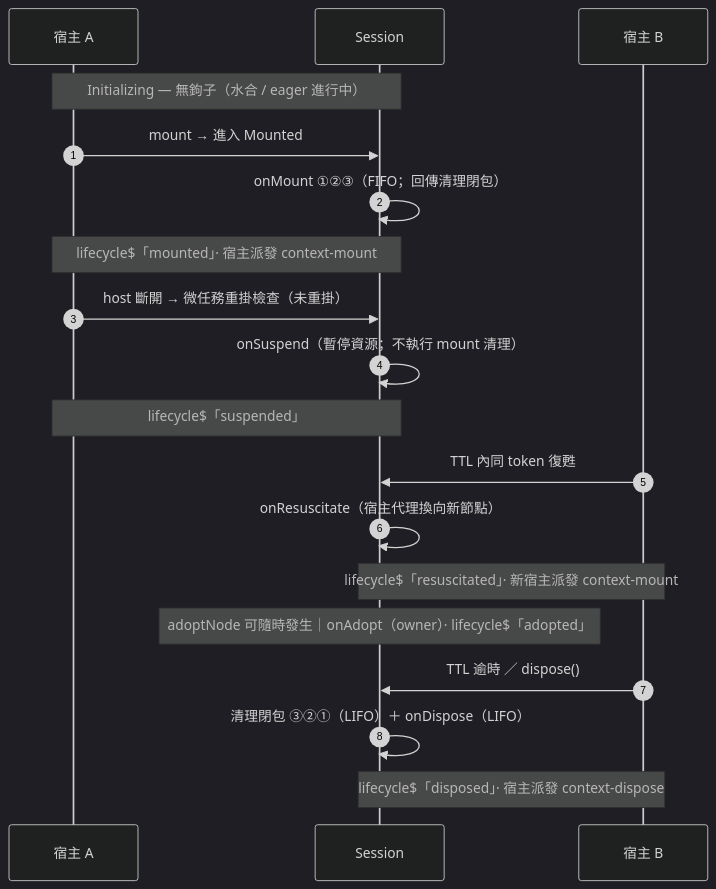
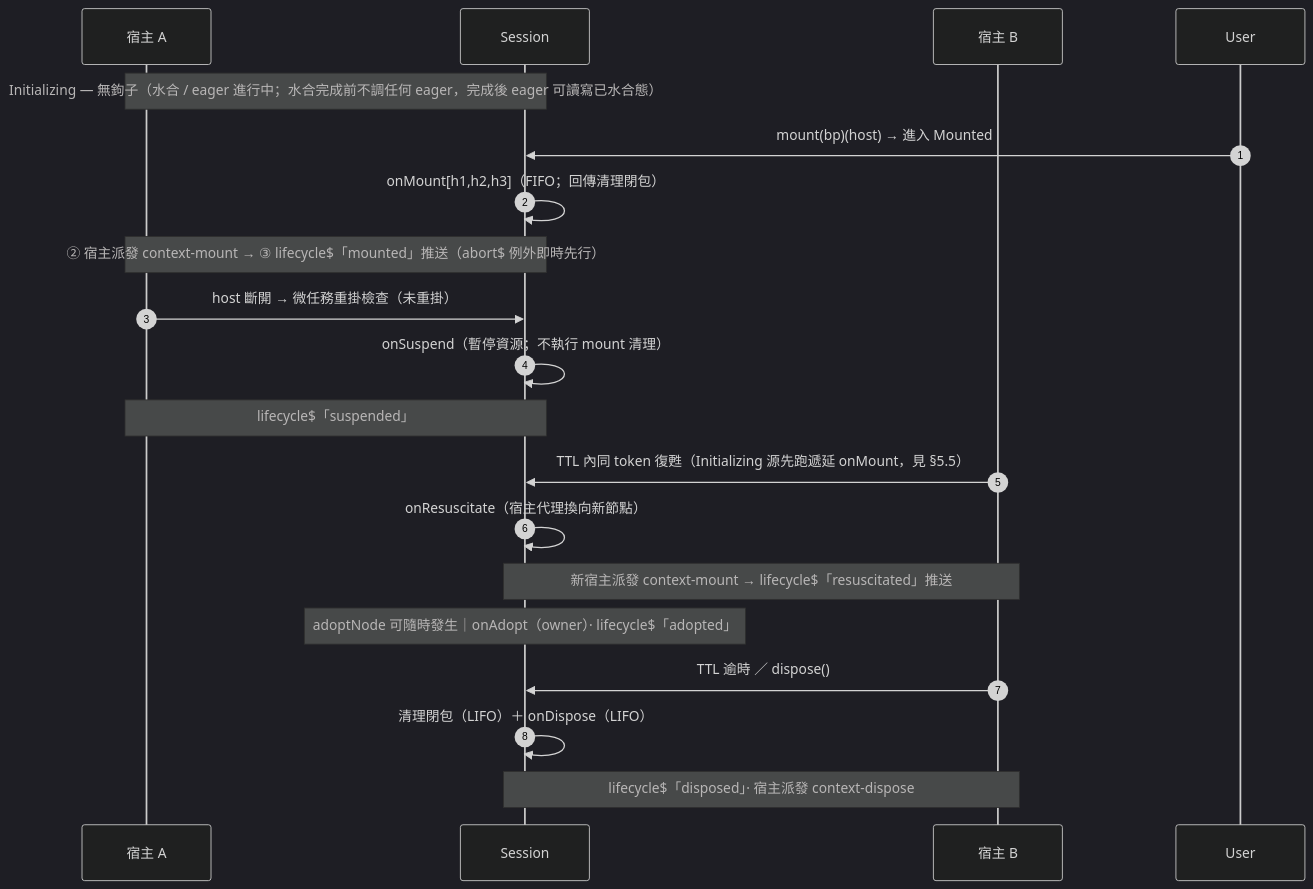
The second of 2 diagrams in docs/next-version/05-lifecycle-host.md (sandlada/document-context), drawn with Mermaid (dark theme) before and after one commit. The commit also changed other lines of this file and 18 other files, not shown here.

````diff
--- a/docs/next-version/05-lifecycle-host.md
+++ b/docs/next-version/05-lifecycle-host.md
@@ -52,26 +64,26 @@
 ```mermaid
 sequenceDiagram
     autonumber
     participant A as 宿主 A
     participant S as Session
     participant B as 宿主 B
 
-    Note over A,S: Initializing — 無鉤子（水合 / eager 進行中）
-    A->>S: mount → 進入 Mounted
-    S->>S: onMount ①②③（FIFO；回傳清理閉包）
-    Note over A,S: lifecycle$「mounted」· 宿主派發 context-mount
+    Note over A,S: Initializing — 無鉤子（水合 / eager 進行中；水合完成前不調任何 eager，完成後 eager 可讀寫已水合態）
+    User->>S: mount(bp)(host) → 進入 Mounted
+    S->>S: onMount[h1,h2,h3]（FIFO；回傳清理閉包）
+    Note over A,S: ② 宿主派發 context-mount → ③ lifecycle$「mounted」推送（abort$ 例外即時先行）
 
     A->>S: host 斷開 → 微任務重掛檢查（未重掛）
     S->>S: onSuspend（暫停資源；不執行 mount 清理）
     Note over A,S: lifecycle$「suspended」
 
-    B->>S: TTL 內同 token 復甦
+    B->>S: TTL 內同 token 復甦（Initializing 源先跑遞延 onMount，見 §5.5）
     S->>S: onResuscitate（宿主代理換向新節點）
-    Note over B,S: lifecycle$「resuscitated」· 新宿主派發 context-mount
+    Note over B,S: 新宿主派發 context-mount → lifecycle$「resuscitated」推送
 
     Note over S: adoptNode 可隨時發生｜onAdopt（owner）· lifecycle$「adopted」
 
     B->>S: TTL 逾時 ／ dispose()
-    S->>S: 清理閉包 ③②①（LIFO）＋ onDispose（LIFO）
+    S->>S: 清理閉包（LIFO）＋ onDispose（LIFO）
     Note over B,S: lifecycle$「disposed」· 宿主派發 context-dispose
 ```
````
